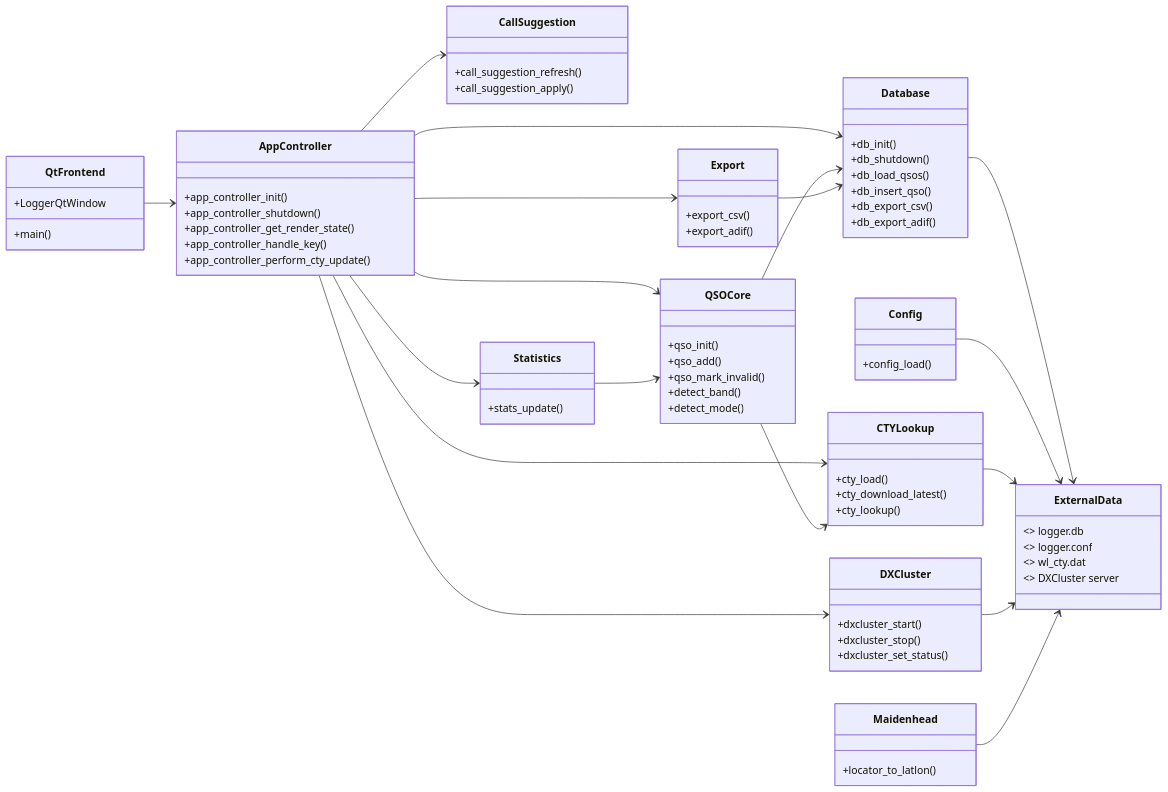
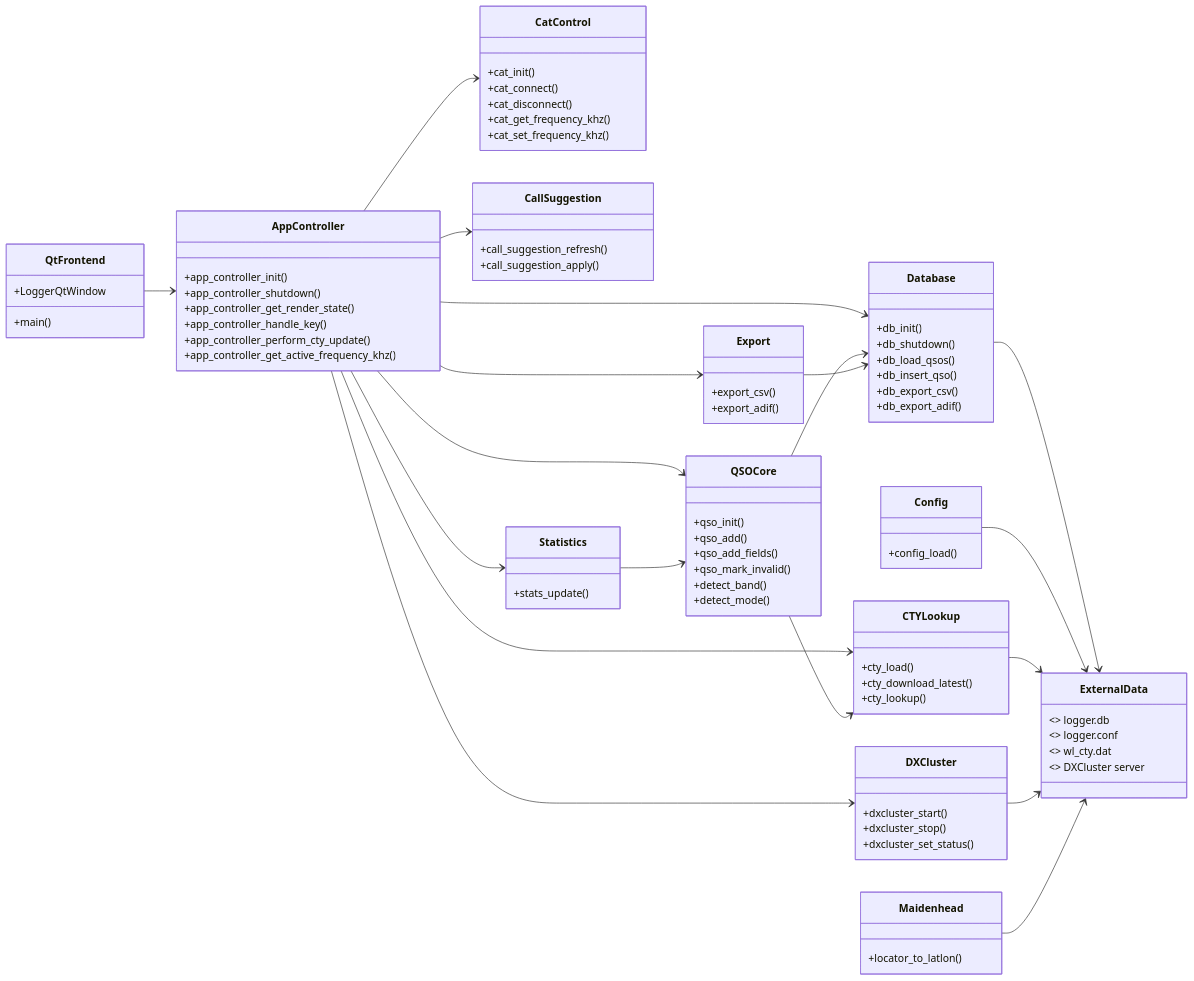
The diagram in README.md (darvark/lnx_logger), drawn with Mermaid before and after one commit. The commit also changed other lines of this file and 4 other files, not shown here.

```diff
--- a/README.md
+++ b/README.md
@@ -22,14 +22,24 @@
 	+app_controller_get_render_state()
 	+app_controller_handle_key()
 	+app_controller_perform_cty_update()
+	+app_controller_get_active_frequency_khz()
 }
 
 class QSOCore {
 	+qso_init()
 	+qso_add()
+	+qso_add_fields()
 	+qso_mark_invalid()
 	+detect_band()
 	+detect_mode()
+}
+
+class CatControl {
+	+cat_init()
+	+cat_connect()
+	+cat_disconnect()
+	+cat_get_frequency_khz()
+	+cat_set_frequency_khz()
 }
 
 class Database {
@@ -86,6 +96,7 @@
 AppController --> QSOCore
 AppController --> CTYLookup
 AppController --> DXCluster
+AppController --> CatControl
 AppController --> CallSuggestion
 AppController --> Statistics
 AppController --> Export
```
